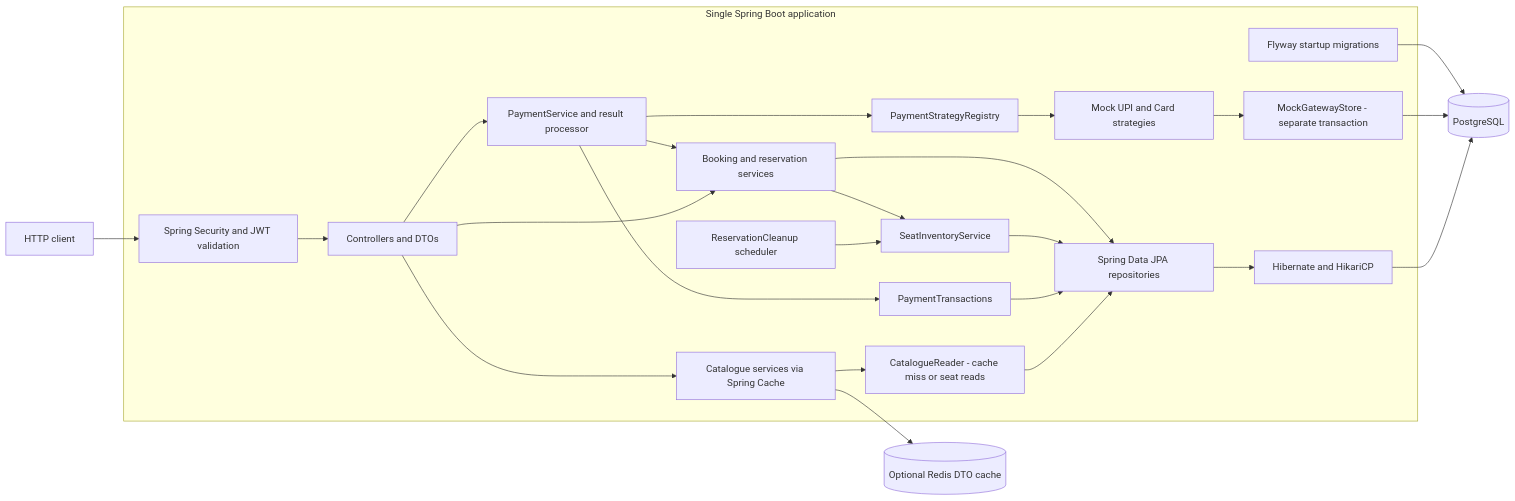
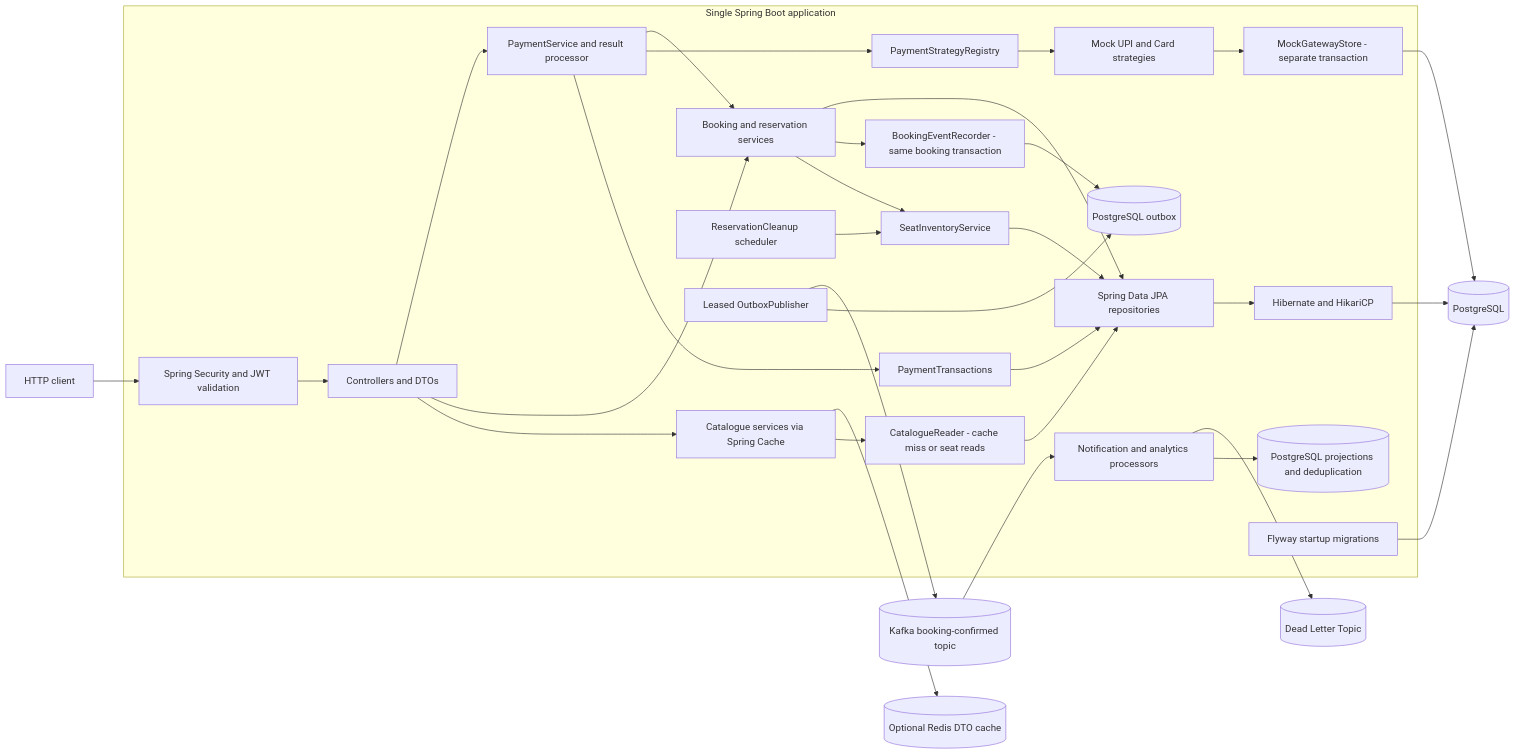
One commit to Avnish666/Tbooker changed the diagram in README.md. Above: the diagram before and after it, drawn with Mermaid. The commit also changed other lines of this file and 44 other files, not shown here.

Commit message:
Add Kafka booking events with a transactional outbox

````diff
--- a/README.md
+++ b/README.md
@@ -45,28 +50,35 @@
 ```mermaid
 flowchart LR
     Client[HTTP client] --> Security[Spring Security and JWT validation]
     subgraph App[Single Spring Boot application]
         Security --> Controllers[Controllers and DTOs]
         Controllers --> Catalogue[Catalogue services via Spring Cache]
         Catalogue --> Reader[CatalogueReader - cache miss or seat reads]
         Reader --> Repos
         Controllers --> Services[Booking and reservation services]
         Controllers --> Payments[PaymentService and result processor]
         Payments --> Tx[PaymentTransactions]
         Tx --> Repos
         Payments --> Registry[PaymentStrategyRegistry]
         Registry --> Gateway[Mock UPI and Card strategies]
         Gateway --> Ledger[MockGatewayStore - separate transaction]
         Payments --> Services
         Cleanup[ReservationCleanup scheduler] --> Inventory[SeatInventoryService]
         Services --> Inventory
         Inventory --> Repos
+        Services --> Recorder[BookingEventRecorder - same booking transaction]
+        Recorder --> Outbox[(PostgreSQL outbox)]
+        Publisher[Leased OutboxPublisher] --> Outbox
+        Consumers[Notification and analytics processors] --> Projections[(PostgreSQL projections and deduplication)]
         Services --> Repos[Spring Data JPA repositories]
         Repos --> Persistence[Hibernate and HikariCP]
         Flyway[Flyway startup migrations]
     end
     Catalogue --> Redis[(Optional Redis DTO cache)]
+    Publisher --> Kafka[(Kafka booking-confirmed topic)]
+    Kafka --> Consumers
+    Consumers --> DLT[(Dead Letter Topic)]
     Persistence --> DB[(PostgreSQL)]
     Ledger --> DB
     Flyway --> DB
 ```
````
